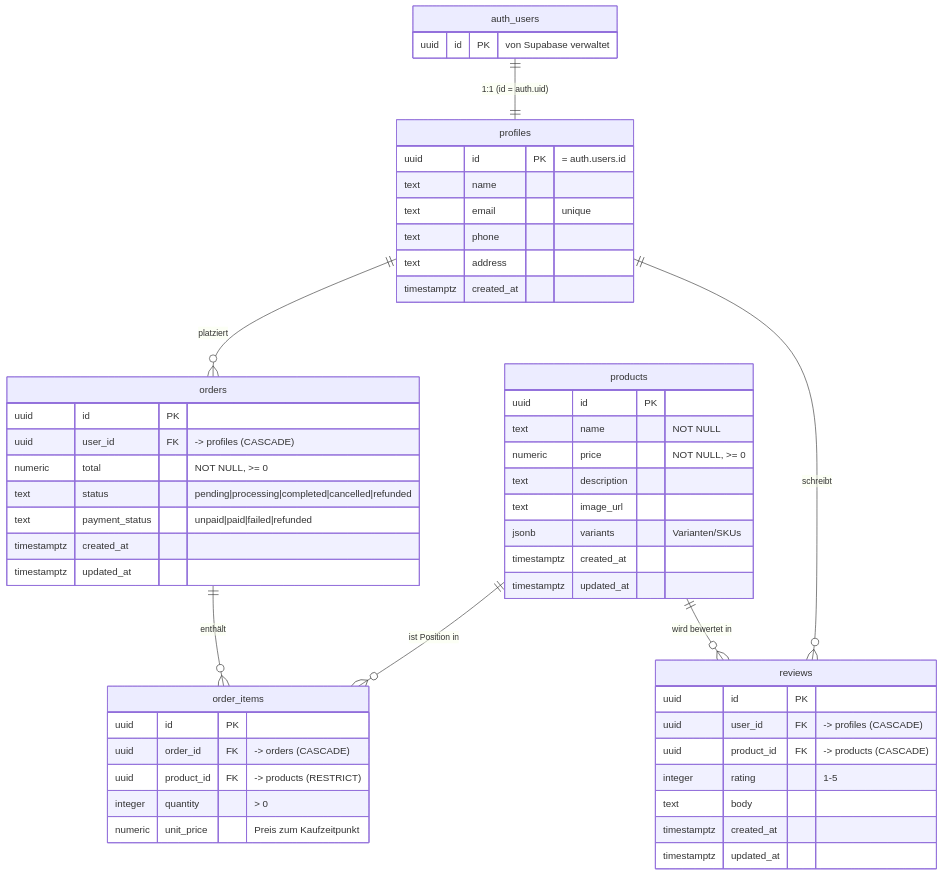
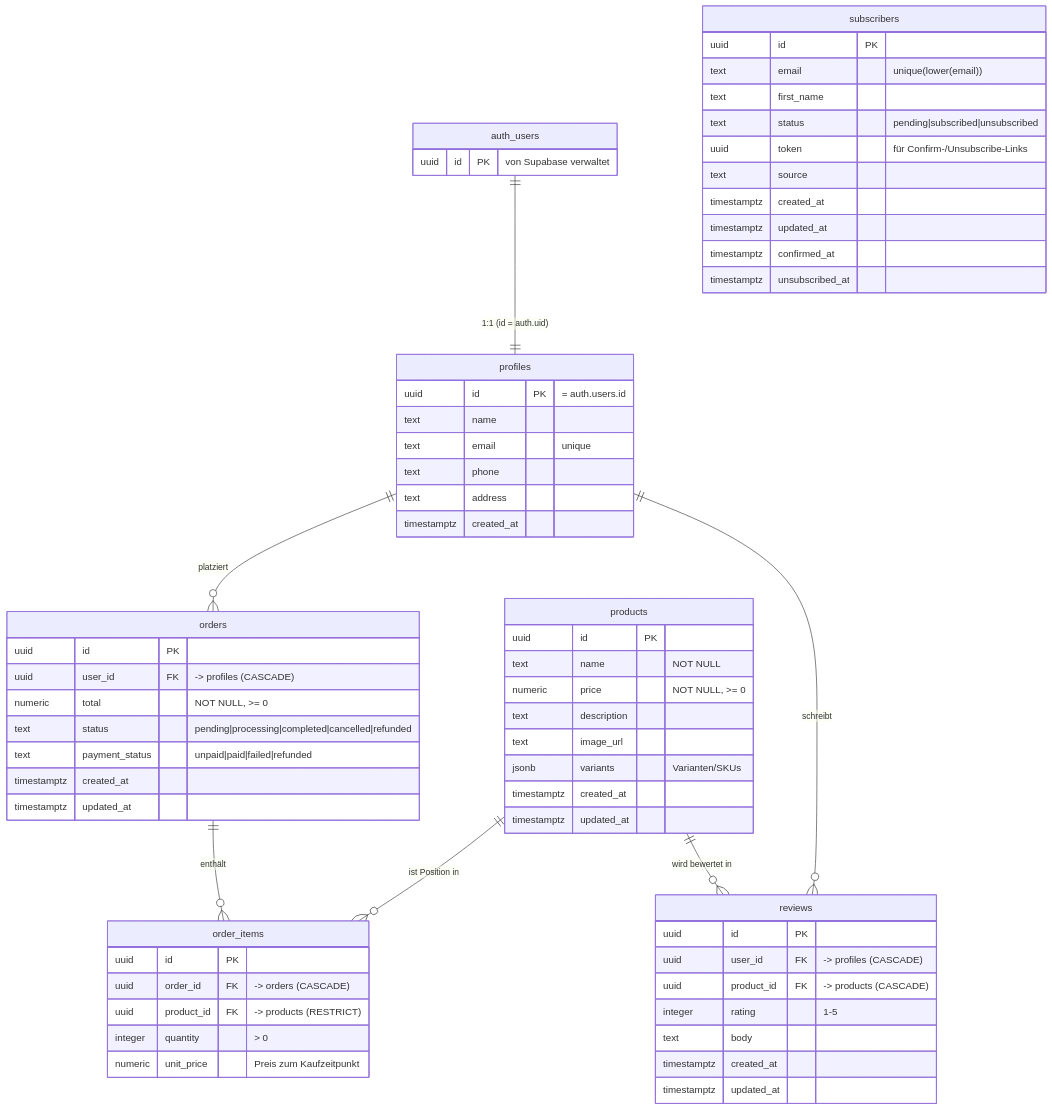
The diagram in supabase/README.md (RockyourStudium/HIKE_SCOTLAND), drawn with Mermaid before and after one commit. The commit also changed other lines of this file, not shown here.

First line of the commit message:
docs(db): Newsletter (subscribers) in DB-Doku aufnehmen

````diff
--- a/supabase/README.md
+++ b/supabase/README.md
@@ -16,61 +16,74 @@
 ```mermaid
 erDiagram
     auth_users  ||--||  profiles    : "1:1 (id = auth.uid)"
     profiles    ||--o{  orders      : "platziert"
     profiles    ||--o{  reviews     : "schreibt"
     orders      ||--o{  order_items : "enthält"
     products    ||--o{  order_items : "ist Position in"
     products    ||--o{  reviews     : "wird bewertet in"
 
     auth_users {
         uuid id PK "von Supabase verwaltet"
     }
 
     profiles {
         uuid        id          PK "= auth.users.id"
         text        name
         text        email          "unique"
         text        phone
         text        address
         timestamptz created_at
     }
 
     products {
         uuid          id          PK
         text          name           "NOT NULL"
         numeric       price          "NOT NULL, >= 0"
         text          description
         text          image_url
         jsonb         variants       "Varianten/SKUs"
         timestamptz   created_at
         timestamptz   updated_at
     }
 
     orders {
         uuid          id             PK
         uuid          user_id        FK "-> profiles (CASCADE)"
         numeric       total          "NOT NULL, >= 0"
         text          status         "pending|processing|completed|cancelled|refunded"
         text          payment_status "unpaid|paid|failed|refunded"
         timestamptz   created_at
         timestamptz   updated_at
     }
 
     order_items {
         uuid          id          PK
         uuid          order_id    FK "-> orders (CASCADE)"
         uuid          product_id  FK "-> products (RESTRICT)"
         integer       quantity       "> 0"
         numeric       unit_price     "Preis zum Kaufzeitpunkt"
     }
 
     reviews {
         uuid          id          PK
         uuid          user_id     FK "-> profiles (CASCADE)"
         uuid          product_id  FK "-> products (CASCADE)"
         integer       rating         "1-5"
         text          body
         timestamptz   created_at
         timestamptz   updated_at
     }
+
+    subscribers {
+        uuid          id              PK
+        text          email           "unique(lower(email))"
+        text          first_name
+        text          status          "pending|subscribed|unsubscribed"
+        uuid          token           "für Confirm-/Unsubscribe-Links"
+        text          source
+        timestamptz   created_at
+        timestamptz   updated_at
+        timestamptz   confirmed_at
+        timestamptz   unsubscribed_at
+    }
 ```
````
